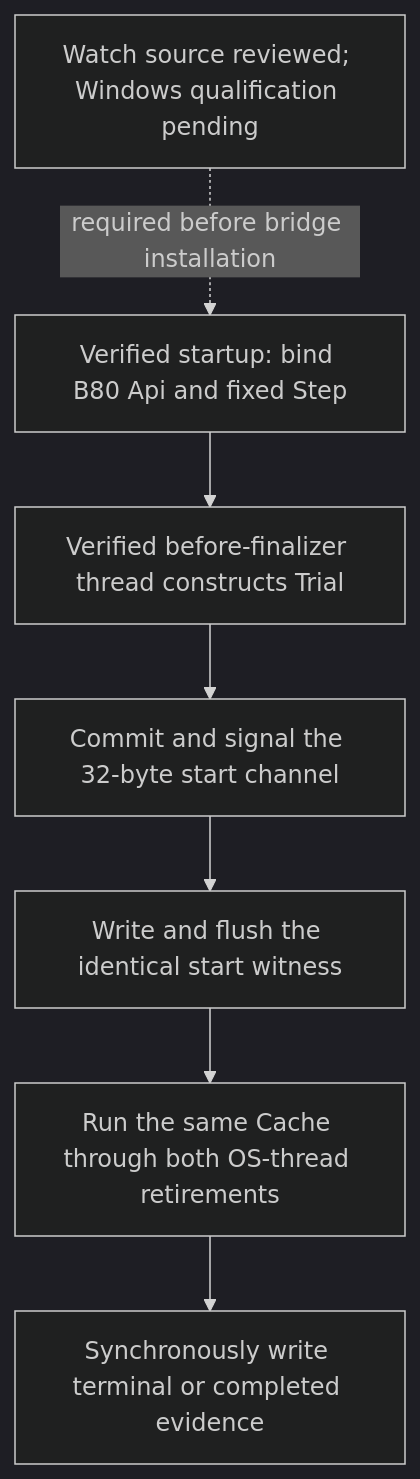
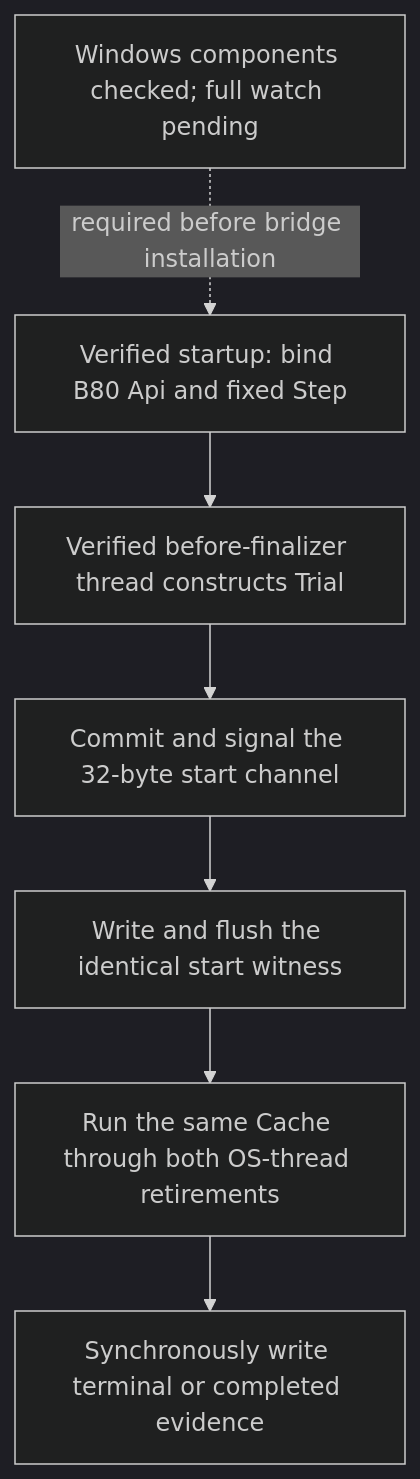
The sixth of 8 diagrams in cdmw/ui/new_item/INDEPENDENT_ITEMS.md (Ratty123/CDMW-Full), drawn with Mermaid (dark theme) before and after one commit. The commit also changed other lines of this file and 2 other files, not shown here.

Commit message:
Document native retirement caller qualification

````diff
--- a/cdmw/ui/new_item/INDEPENDENT_ITEMS.md
+++ b/cdmw/ui/new_item/INDEPENDENT_ITEMS.md
@@ -1970,9 +1984,9 @@
 ```mermaid
 flowchart TD
     S["Verified startup: bind B80 Api and fixed Step"] --> P["Verified before-finalizer thread constructs Trial"]
     P --> C["Commit and signal the 32-byte start channel"]
     C --> W["Write and flush the identical start witness"]
     W --> T["Run the same Cache through both OS-thread retirements"]
     T --> E["Synchronously write terminal or completed evidence"]
-    G["Watch source reviewed; Windows qualification pending"] -. "required before bridge installation" .-> S
+    G["Windows components checked; full watch pending"] -. "required before bridge installation" .-> S
 ```
````
